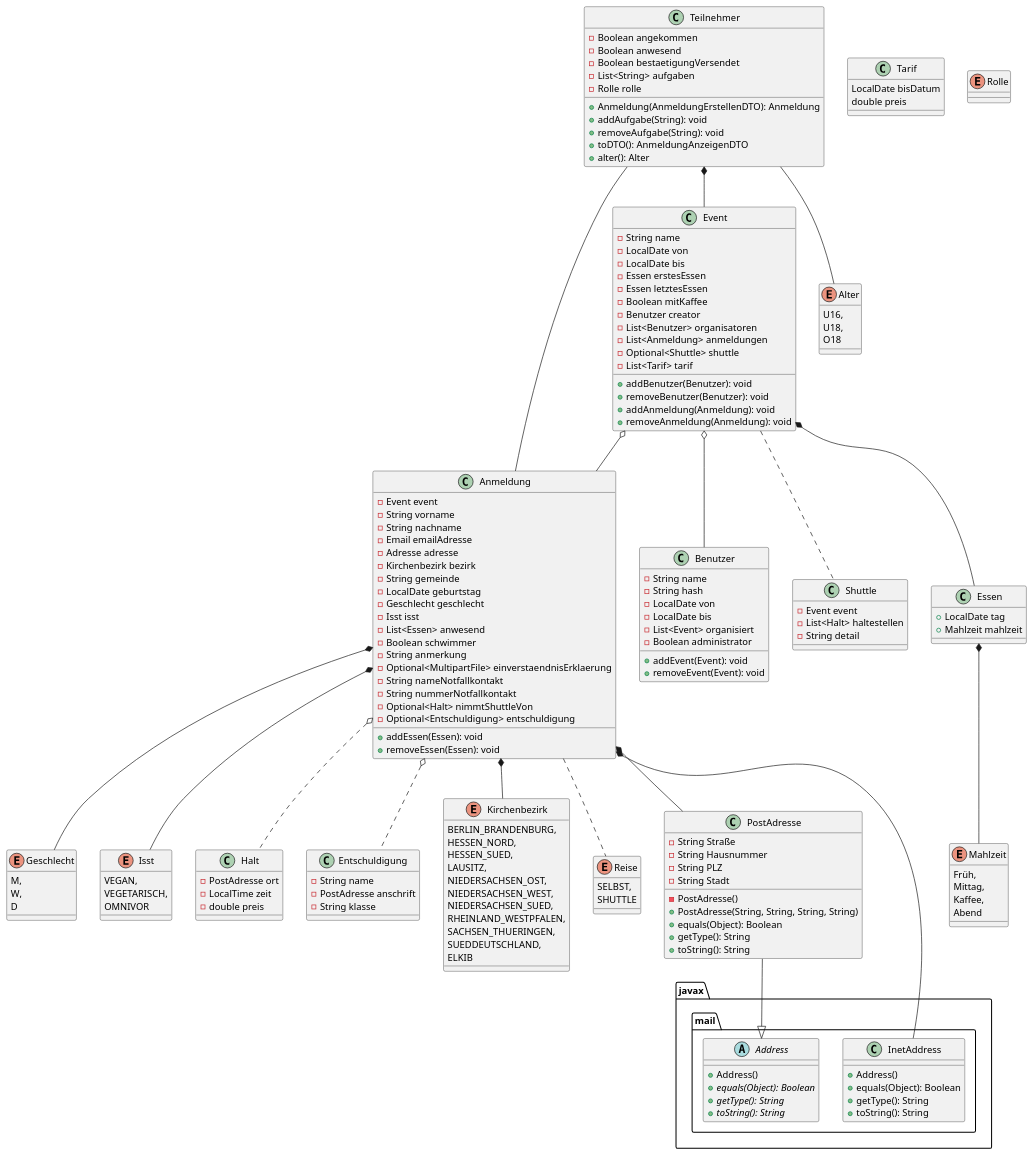
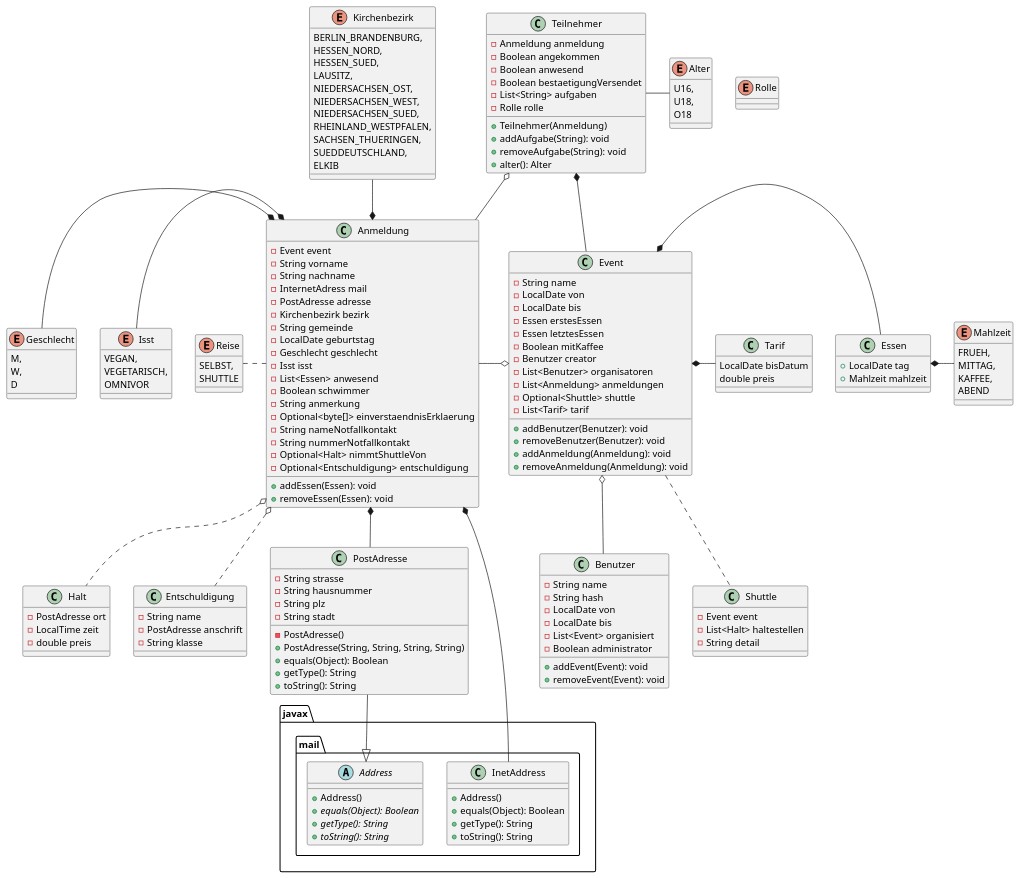
One commit to LukasMarsch/Anmelde-Tool changed the diagram in doc/klassendiagramm.puml. Above: the diagram before and after it, drawn with PlantUML. The commit also changed 16 other files, not shown here.

```diff
--- a/doc/klassendiagramm.puml
+++ b/doc/klassendiagramm.puml
@@ -1,185 +1,186 @@
 @startuml
-Teilnehmer *-- Event
-Teilnehmer -- Anmeldung
-Teilnehmer -- Alter
+Teilnehmer *- Event
+Teilnehmer o-- Anmeldung
+Teilnehmer - Alter
 Event o-- Benutzer
-Event o-- Anmeldung
 Event .. Shuttle
-Event *-- Essen
-Anmeldung *-- Geschlecht
-Anmeldung *-- Isst
+Event *- Essen
+Event *- Tarif
+Anmeldung -o Event
 Anmeldung o.. Halt
 Anmeldung o.. Entschuldigung
-Anmeldung *-- Kirchenbezirk
-Anmeldung .. Reise
+Kirchenbezirk --* Anmeldung
 Anmeldung *-- PostAdresse
 Anmeldung *-- javax.mail.InetAddress
-Essen *-- Mahlzeit
+Essen *- Mahlzeit
 PostAdresse --|> javax.mail.Address
+Reise . Anmeldung
+Geschlecht -* Anmeldung
+Isst -* Anmeldung
 
 abstract class javax.mail.Address {
     +Address()
     +{abstract} equals(Object): Boolean
     +{abstract} getType(): String
     +{abstract} toString(): String
 }
 
 class javax.mail.InetAddress {
     +Address()
     +equals(Object): Boolean
     +getType(): String
     +toString(): String
 }
 
 class Event {
     -String name
     -LocalDate von
     -LocalDate bis
     -Essen erstesEssen
     -Essen letztesEssen
     -Boolean mitKaffee
     -Benutzer creator
     -List<Benutzer> organisatoren
     -List<Anmeldung> anmeldungen
     -Optional<Shuttle> shuttle
     -List<Tarif> tarif
     +addBenutzer(Benutzer): void
     +removeBenutzer(Benutzer): void
     +addAnmeldung(Anmeldung): void
     +removeAnmeldung(Anmeldung): void
 }
 
 class Tarif {
     LocalDate bisDatum
     double preis
 }
 
 class Benutzer {
     -String name
     -String hash
     -LocalDate von
     -LocalDate bis
     -List<Event> organisiert
     -Boolean administrator
     +addEvent(Event): void
     +removeEvent(Event): void
 }
 
 class Teilnehmer {
+    -Anmeldung anmeldung
     -Boolean angekommen
     -Boolean anwesend
     -Boolean bestaetigungVersendet
     -List<String> aufgaben
     -Rolle rolle
-    +Anmeldung(AnmeldungErstellenDTO): Anmeldung
+    +Teilnehmer(Anmeldung)
     +addAufgabe(String): void
     +removeAufgabe(String): void
-    +toDTO(): AnmeldungAnzeigenDTO
     +alter(): Alter
 }
 
 class Anmeldung {
     -Event event
     -String vorname
     -String nachname
-    -Email emailAdresse
-    -Adresse adresse
+    -InternetAdress mail
+    -PostAdresse adresse
     -Kirchenbezirk bezirk
     -String gemeinde
     -LocalDate geburtstag
     -Geschlecht geschlecht
     -Isst isst
     -List<Essen> anwesend
     -Boolean schwimmer
     -String anmerkung
-    -Optional<MultipartFile> einverstaendnisErklaerung
+    -Optional<byte[]> einverstaendnisErklaerung
     -String nameNotfallkontakt
     -String nummerNotfallkontakt
     -Optional<Halt> nimmtShuttleVon
     -Optional<Entschuldigung> entschuldigung
     +addEssen(Essen): void
     +removeEssen(Essen): void
 }
 
 class Entschuldigung {
     -String name
     -PostAdresse anschrift
     -String klasse
 }
 
 class Shuttle {
     -Event event
     -List<Halt> haltestellen
     -String detail
 }
 
 class Halt {
     -PostAdresse ort
     -LocalTime zeit
     -double preis
 }
 
 class PostAdresse {
-    -String Straße
-    -String Hausnummer
-    -String PLZ
-    -String Stadt
+    -String strasse
+    -String hausnummer
+    -String plz
+    -String stadt
     -PostAdresse()
     +PostAdresse(String, String, String, String)
     +equals(Object): Boolean
     +getType(): String
     +toString(): String
 }
 
 enum Mahlzeit {
-    Früh,
-    Mittag,
-    Kaffee,
-    Abend
+    FRUEH,
+    MITTAG,
+    KAFFEE,
+    ABEND
 }
 
 class Essen {
     +LocalDate tag
     +Mahlzeit mahlzeit
 }
 
 enum Geschlecht {
     M,
     W,
     D
 }
 
 enum Isst {
     VEGAN,
     VEGETARISCH,
     OMNIVOR
 }
 
 enum Reise {
     SELBST,
     SHUTTLE
 }
 
 enum Kirchenbezirk {
     BERLIN_BRANDENBURG,
     HESSEN_NORD,
     HESSEN_SUED,
     LAUSITZ,
     NIEDERSACHSEN_OST,
     NIEDERSACHSEN_WEST,
     NIEDERSACHSEN_SUED,
     RHEINLAND_WESTPFALEN,
     SACHSEN_THUERINGEN,
     SUEDDEUTSCHLAND,
     ELKIB
 }
 enum Alter {
     U16,
     U18,
     O18
 }
 
 enum Rolle {
 
 }
 @enduml
```
